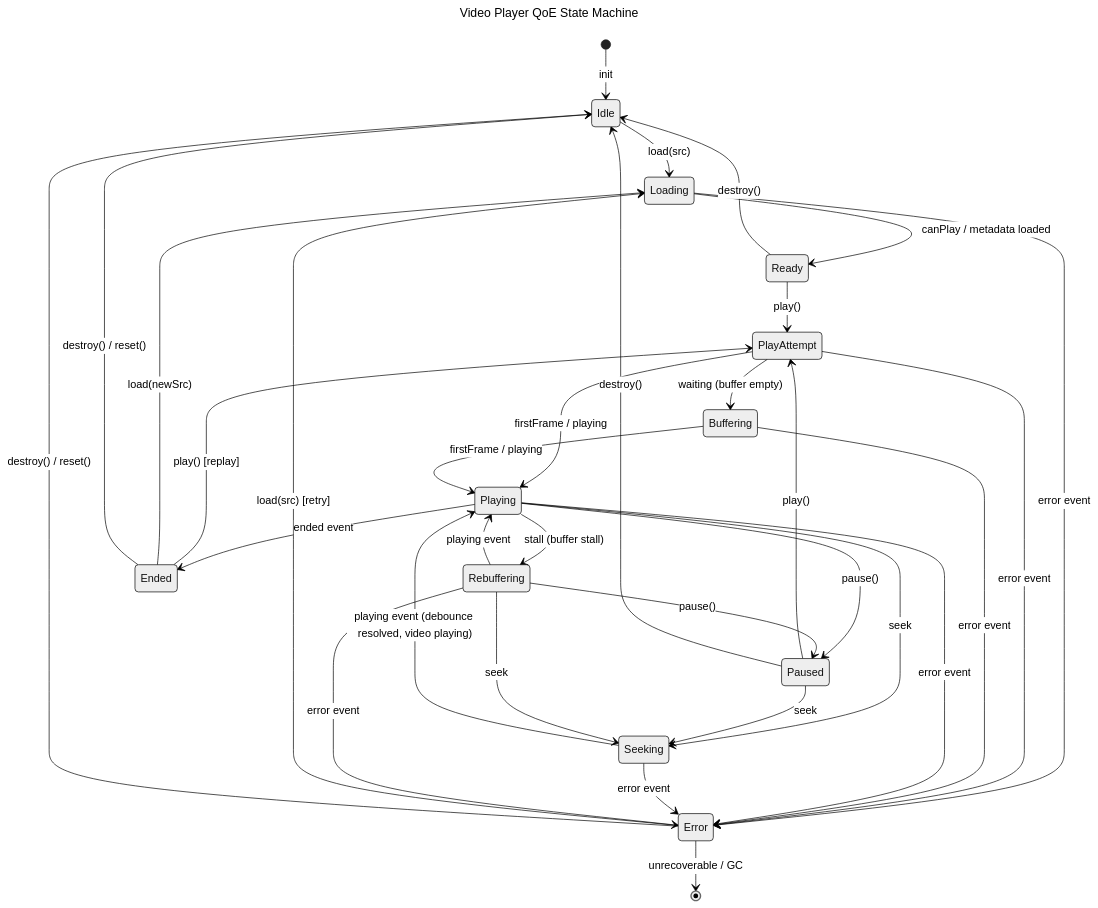
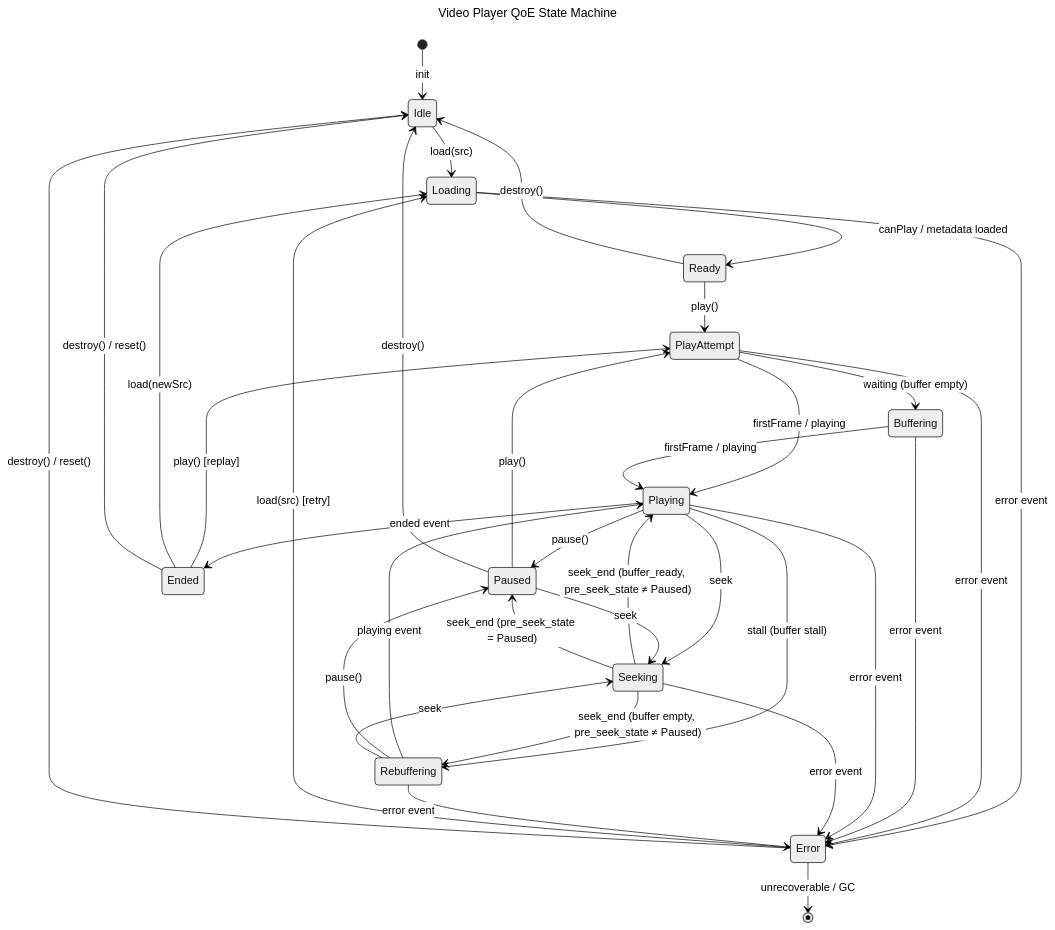
One commit to stevenlyons/plinth-video changed the diagram in docs/reference/player-state-machine.mermaid. Above: the diagram before and after it, drawn with Mermaid (neutral theme). The commit also changed 5 other files, not shown here.

```diff
--- a/docs/reference/player-state-machine.mermaid
+++ b/docs/reference/player-state-machine.mermaid
@@ -1,99 +1,102 @@
 ---
 title: Video Player QoE State Machine
 ---
 stateDiagram-v2
 
     %% ── States ──────────────────────────────────────────────────────────────
     %%
     %%  Idle         No video source loaded; initial state after init or reset.
     %%  Loading      Source assigned; fetching manifest / metadata.
     %%  Ready        Metadata loaded; player paused at start position.
     %%  PlayAttempt  play() called; awaiting first decoded frame.
     %%               ⏱ VIDEO START TIME begins here.
     %%               ⏱ WATCHED TIME begins here.
     %%  Buffering    play() called but buffer is empty; downloading initial segment.
     %%               ⏱ VIDEO START TIME continues accumulating.
     %%  Playing      Frames actively being decoded and rendered.
     %%               ⏱ PLAYED TIME accumulates.
     %%  Paused       Playback suspended by user or system; position held.
     %%  Seeking      Seek requested; position changing, frames not rendered.
     %%  Rebuffering  Was Playing; buffer exhausted mid-playback; stalled.
     %%               ⏱ REBUFFER TIME accumulates.
     %%  Ended        Playback reached end of content naturally.
     %%  Error        Fatal, unrecoverable player error.
     %%
     %%  WATCHED TIME spans all states from PlayAttempt until Ended or destroy().
     %%
     %% ── Beacon Emissions ──────────────────────────────────────────────────────
     %%
     %%  Transition                                  Beacon(s) emitted
     %%  ──────────────────────────────────────────  ──────────────────────────────────────────────
     %%  Ready → PlayAttempt [play()]                play  (seq=0; no state/metrics; carries video/client/sdk)
     %%  Ended → PlayAttempt [play() replay]         play  (seq=0; new session, new play_id)
     %%  PlayAttempt|Buffering → Playing [firstFrame] first_frame  +  playing  (same timestamp; VST now known)
     %%  Playing → Paused [pause()]                  pause
     %%  Playing → Seeking [seek]                    seek
     %%  Playing → Rebuffering [stall]               stall
     %%  Playing → Ended [ended event]               completed
     %%  Playing → Error                             error
     %%  Paused → PlayAttempt [play()]               playing  (resume; same session)
-    %%  Seeking → Playing [playing event]           playing  (seek resolved by JS debounce)
-    %%  Seeking → Rebuffering [seekEnd buffer empty] stall
-    %%  Seeking → Paused [seekEnd prev==Paused]     (no beacon; stays paused)
+    %%  Seeking → Playing [seek_end, buffer_ready]   playing  (seek_end resolves seek; playing replayed by adapter)
+    %%  Seeking → Rebuffering [seek_end, buf empty]  stall
+    %%  Seeking → Paused [seek_end, pre==Paused]     (no beacon; stays paused)
     %%  Rebuffering → Playing [playing event]       playing  (stall recovery)
     %%  Rebuffering → Paused [pause()]              playing  +  pause
     %%  Rebuffering → Seeking [seek]                playing  +  seek
     %%  Any active state [destroy()]                ended
     %%  Any active state [heartbeat tick]           heartbeat  (when silent for heartbeat_interval_ms)
     %%
     %%  "Active" states: PlayAttempt, Buffering, Playing, Paused, Seeking, Rebuffering.
 
     [*] --> Idle : init
 
     %% ── Loading ──────────────────────────────────────────────────────────────
     Idle      --> Loading     : load(src)
     Loading   --> Ready       : canPlay / metadata loaded
     Loading   --> Error       : error event
 
     %% ── Play Initiation ──────────────────────────────────────────────────────
     Ready     --> PlayAttempt : play()
     Ready     --> Idle        : destroy()
 
     PlayAttempt --> Buffering : waiting (buffer empty)
     PlayAttempt --> Playing   : firstFrame / playing
     PlayAttempt --> Error     : error event
 
     Buffering   --> Playing   : firstFrame / playing
     Buffering   --> Error     : error event
 
     %% ── Active Playback ──────────────────────────────────────────────────────
     Playing --> Paused        : pause()
     Playing --> Seeking       : seek
     Playing --> Rebuffering   : stall (buffer stall)
     Playing --> Ended         : ended event
     Playing --> Error         : error event
 
     %% ── Paused ───────────────────────────────────────────────────────────────
     Paused  --> PlayAttempt   : play()
     Paused  --> Seeking       : seek
     Paused  --> Idle          : destroy()
 
     %% ── Seeking ──────────────────────────────────────────────────────────────
-    %% JS integrations resolve seeks by sending a playing event after a 300ms debounce.
-    Seeking --> Playing       : playing event (debounce resolved, video playing)
+    %% JS adapters resolve seeks by emitting seek_end after a 300ms debounce, then
+    %% replaying playing if the video is not paused. pre_seek_state determines target.
+    Seeking --> Playing       : seek_end (buffer_ready, pre_seek_state ≠ Paused)
+    Seeking --> Rebuffering   : seek_end (buffer empty, pre_seek_state ≠ Paused)
+    Seeking --> Paused        : seek_end (pre_seek_state = Paused)
     Seeking --> Error         : error event
 
     %% ── Rebuffering ──────────────────────────────────────────────────────────
     Rebuffering --> Playing   : playing event
     Rebuffering --> Paused    : pause()
     Rebuffering --> Seeking   : seek
     Rebuffering --> Error     : error event
 
     %% ── Terminal / Reset ─────────────────────────────────────────────────────
     Ended --> PlayAttempt     : play() [replay]
     Ended --> Loading         : load(newSrc)
     Ended --> Idle            : destroy() / reset()
 
     Error --> Loading         : load(src) [retry]
     Error --> Idle            : destroy() / reset()
     Error --> [*]             : unrecoverable / GC
```
